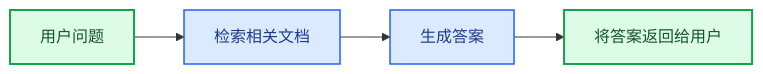
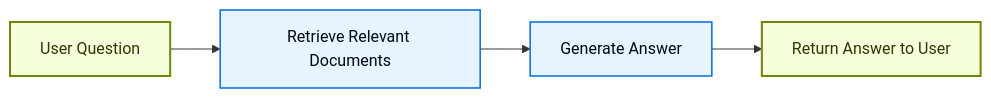
Before and after one commit to kunfan96/cndocs-langchain: the second of 4 diagrams in oss/javascript/langchain/retrieval.mdx, drawn with Mermaid. The commit also changed other lines of this file and 2538 other files, not shown here.

````diff
--- a/oss/javascript/langchain/retrieval.mdx
+++ b/oss/javascript/langchain/retrieval.mdx
@@ -134,13 +135,13 @@
 ```mermaid
 graph LR
-    A[用户问题] --> B["检索相关文档"]
-    B --> C["生成答案"]
-    C --> D[将答案返回给用户]
+    A[User Question] --> B["Retrieve Relevant Documents"]
+    B --> C["Generate Answer"]
+    C --> D[Return Answer to User]
 
-    %% 样式
-    classDef startend fill:#DCFCE7,stroke:#16A34A,stroke-width:2px,color:#14532D
-    classDef process fill:#DBEAFE,stroke:#2563EB,stroke-width:1.5px,color:#1E3A8A
+    %% Styling
+    classDef startend fill:#F6FFDB,stroke:#6E8900,stroke-width:2px,color:#2E3900
+    classDef process fill:#E5F4FF,stroke:#006DDD,stroke-width:1.5px,color:#030710
 
     class A,D startend
     class B,C process
 ```
````
